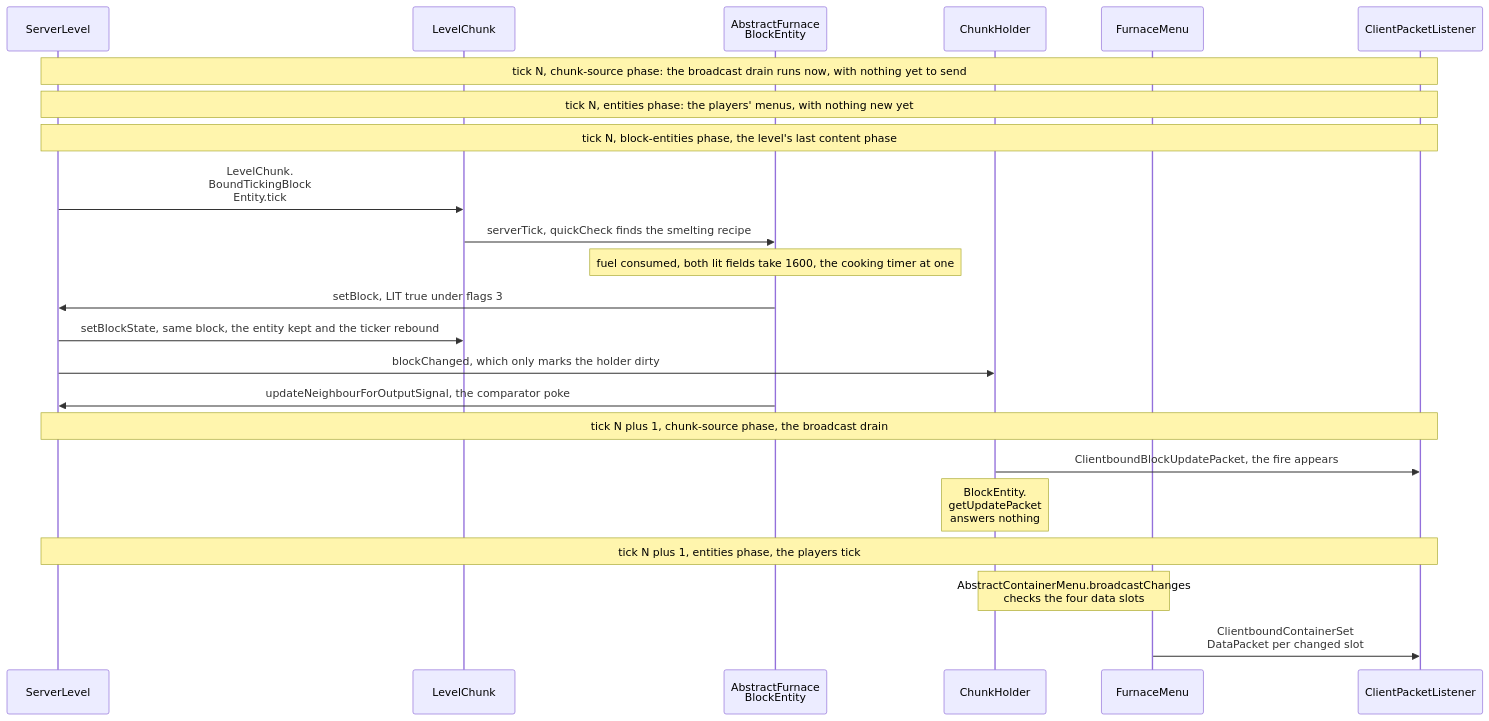
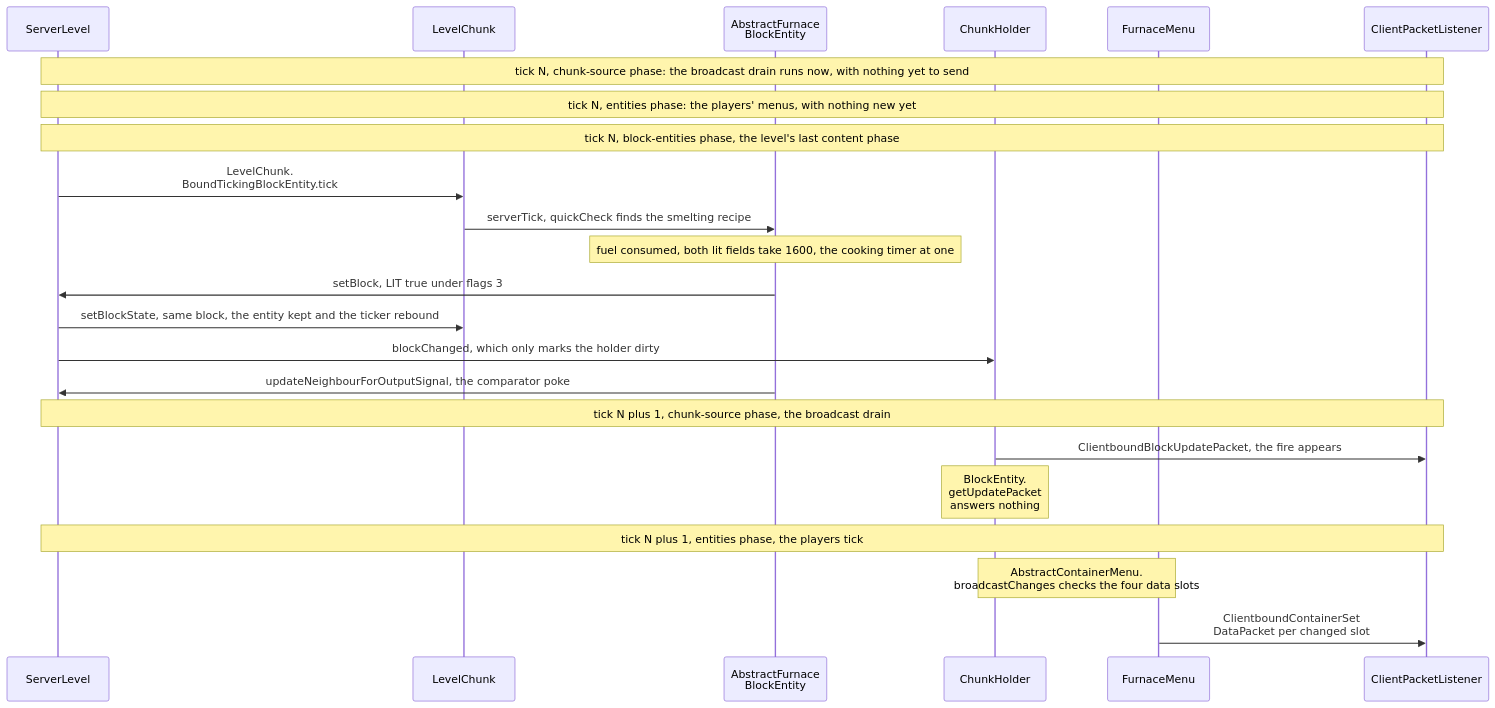
The diagram in src/systems/blocks/block-entities.md (AlexanderjFraser/MinecraftDocs), drawn with Mermaid before and after one commit. The commit also changed 86 other files, not shown here.

````diff
--- a/src/systems/blocks/block-entities.md
+++ b/src/systems/blocks/block-entities.md
@@ -158,25 +158,25 @@
 ```mermaid
 sequenceDiagram
     participant SL as ServerLevel
     participant LC as LevelChunk
     participant AFBE as AbstractFurnace<br/>BlockEntity
     participant CH as ChunkHolder
     participant FM as FurnaceMenu
     participant CPL as ClientPacketListener
     Note over SL,CPL: tick N, chunk-source phase: the broadcast drain runs now, with nothing yet to send
     Note over SL,CPL: tick N, entities phase: the players' menus, with nothing new yet
     Note over SL,CPL: tick N, block-entities phase, the level's last content phase
-    SL->>LC: LevelChunk.<br/>BoundTickingBlock<br/>Entity.tick
+    SL->>LC: LevelChunk.<br/>BoundTickingBlockEntity.tick
     LC->>AFBE: serverTick, quickCheck finds the smelting recipe
     Note over AFBE: fuel consumed, both lit fields take 1600, the cooking timer at one
     AFBE->>SL: setBlock, LIT true under flags 3
     SL->>LC: setBlockState, same block, the entity kept and the ticker rebound
     SL->>CH: blockChanged, which only marks the holder dirty
     AFBE->>SL: updateNeighbourForOutputSignal, the comparator poke
     Note over SL,CPL: tick N plus 1, chunk-source phase, the broadcast drain
     CH->>CPL: ClientboundBlockUpdatePacket, the fire appears
     Note over CH: BlockEntity.<br/>getUpdatePacket<br/>answers nothing
     Note over SL,CPL: tick N plus 1, entities phase, the players tick
-    Note over CH,FM: AbstractContainerMenu.broadcastChanges<br/>checks the four data slots
+    Note over CH,FM: AbstractContainerMenu.<br/>broadcastChanges checks the four data slots
     FM->>CPL: ClientboundContainerSet<br/>DataPacket per changed slot
 ```
````
